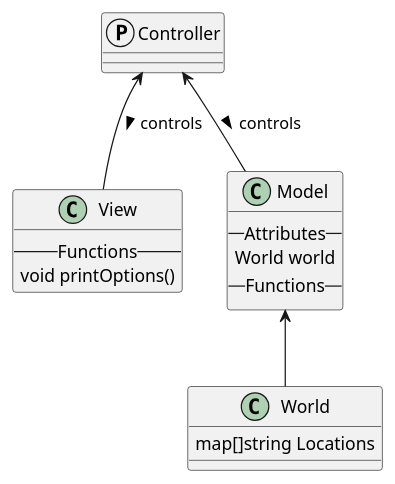
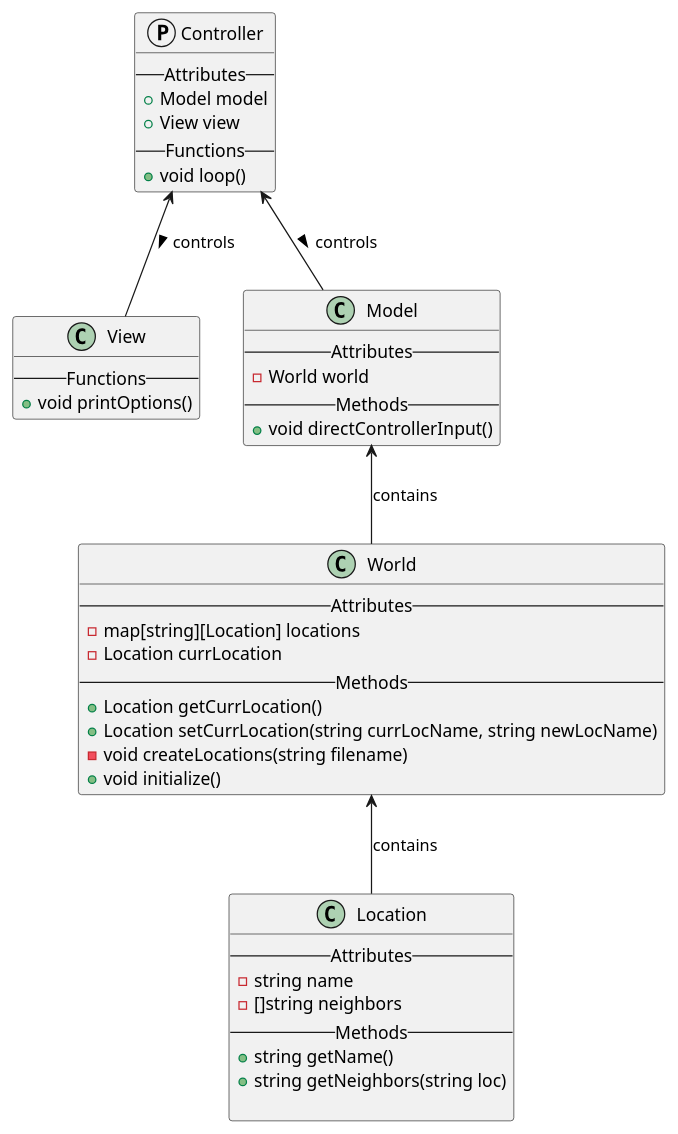
One commit to Charlemagne44/GoAdventure changed the diagram in diagram.puml. Above: the diagram before and after it, drawn with PlantUML. The commit also changed 4 other files, not shown here.

Commit message:
Diagram world skeleton

```diff
--- a/diagram.puml
+++ b/diagram.puml
@@ -1,22 +1,47 @@
 @startuml
-protocol   Controller
+protocol   Controller {
+    --Attributes--
+    + Model model
+    + View view
+    --Functions--
+    + void loop()
+}
 class   View {
     --Functions--
-    void printOptions()
+    + void printOptions()
 }
 class   Model {
     --Attributes--
-    World world
-    --Functions--
+    - World world
+    --Methods--
+    + void directControllerInput()
 }
 
 class World {
-    map[]string Locations
+    --Attributes--
+    - map[string][Location] locations
+    - Location currLocation
+    --Methods--
+    + Location getCurrLocation()
+    + Location setCurrLocation(string currLocName, string newLocName)
+    - void createLocations(string filename)
+    + void initialize()
+}
+
+class Location {
+    --Attributes--
+    - string name 
+    - []string neighbors
+    --Methods--
+    + string getName()
+    + string getNeighbors(string loc)
+
 }
 
 Controller <-- Model : controls >
 Controller <-- View : controls >
-Model <-- World
+Model <-- World : contains
+World <-- Location : contains
 
 
 @enduml
```
